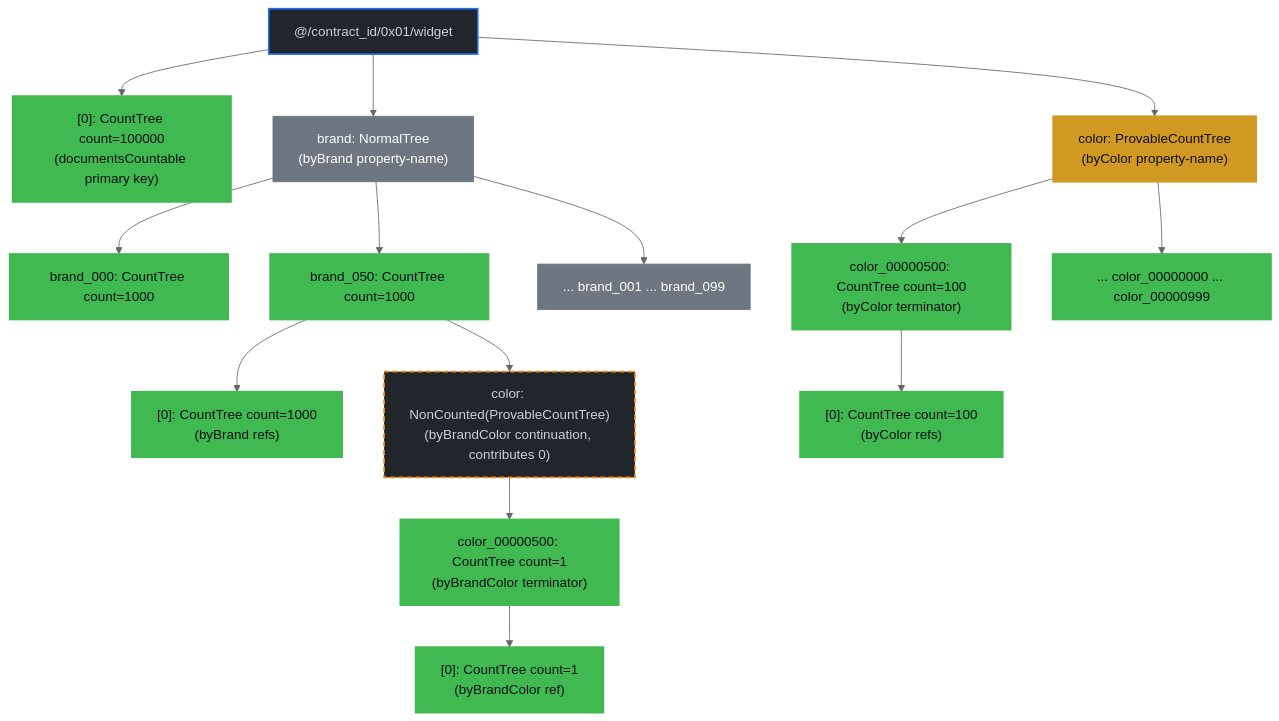
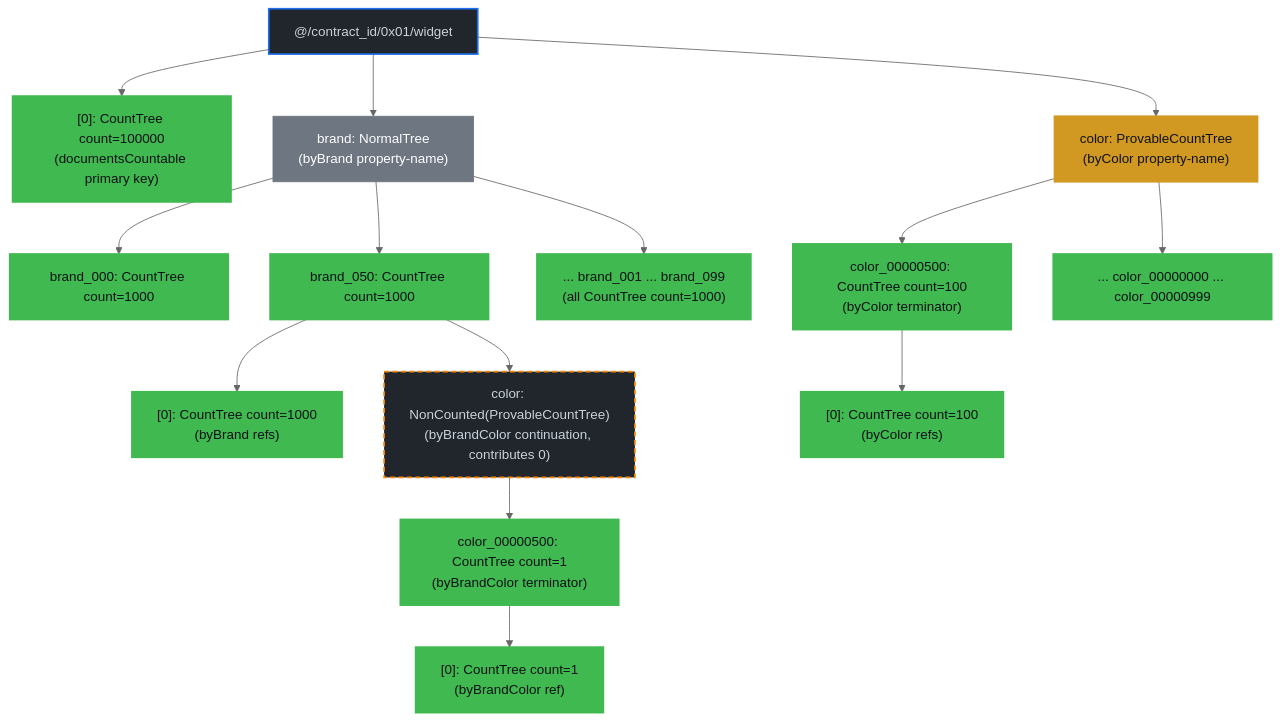
The first of 8 diagrams in book/src/drive/count-index-examples.md (dashpay/platform), drawn with Mermaid (neutral theme) before and after one commit. The commit also changed other lines of this file, not shown here.

````diff
--- a/book/src/drive/count-index-examples.md
+++ b/book/src/drive/count-index-examples.md
@@ -58,28 +58,28 @@
 ```mermaid
 flowchart TB
   WD["@/contract_id/0x01/widget"]:::tree
 
   WD --> PK["[0]: CountTree count=100000<br/>(documentsCountable primary key)"]:::countnode
   WD --> BR["brand: NormalTree<br/>(byBrand property-name)"]:::node
   WD --> CO["color: ProvableCountTree<br/>(byColor property-name)"]:::pctnode
 
   BR --> B000["brand_000: CountTree count=1000"]:::countnode
   BR --> B050["brand_050: CountTree count=1000"]:::countnode
-  BR --> BMore["... brand_001 ... brand_099"]:::node
+  BR --> BMore["... brand_001 ... brand_099<br/>(all CountTree count=1000)"]:::countnode
 
   B050 --> B050_0["[0]: CountTree count=1000<br/>(byBrand refs)"]:::countnode
   B050 --> B050_C["color: NonCounted(ProvableCountTree)<br/>(byBrandColor continuation, contributes 0)"]:::noncounted
 
   B050_C --> B050_C_500["color_00000500: CountTree count=1<br/>(byBrandColor terminator)"]:::countnode
   B050_C_500 --> B050_C_500_0["[0]: CountTree count=1<br/>(byBrandColor ref)"]:::countnode
 
   CO --> C500["color_00000500: CountTree count=100<br/>(byColor terminator)"]:::countnode
   CO --> CMore["... color_00000000 ... color_00000999"]:::countnode
   C500 --> C500_0["[0]: CountTree count=100<br/>(byColor refs)"]:::countnode
 
   classDef tree fill:#21262d,color:#c9d1d9,stroke:#1f6feb,stroke-width:2px;
   classDef node fill:#6e7681,color:#fff,stroke:#6e7681;
   classDef countnode fill:#3fb950,color:#0d1117,stroke:#3fb950,stroke-width:2px;
   classDef pctnode fill:#d29922,color:#0d1117,stroke:#d29922,stroke-width:2px;
   classDef noncounted fill:#21262d,color:#c9d1d9,stroke:#fb8500,stroke-width:2px,stroke-dasharray: 6 4;
 ```
````
